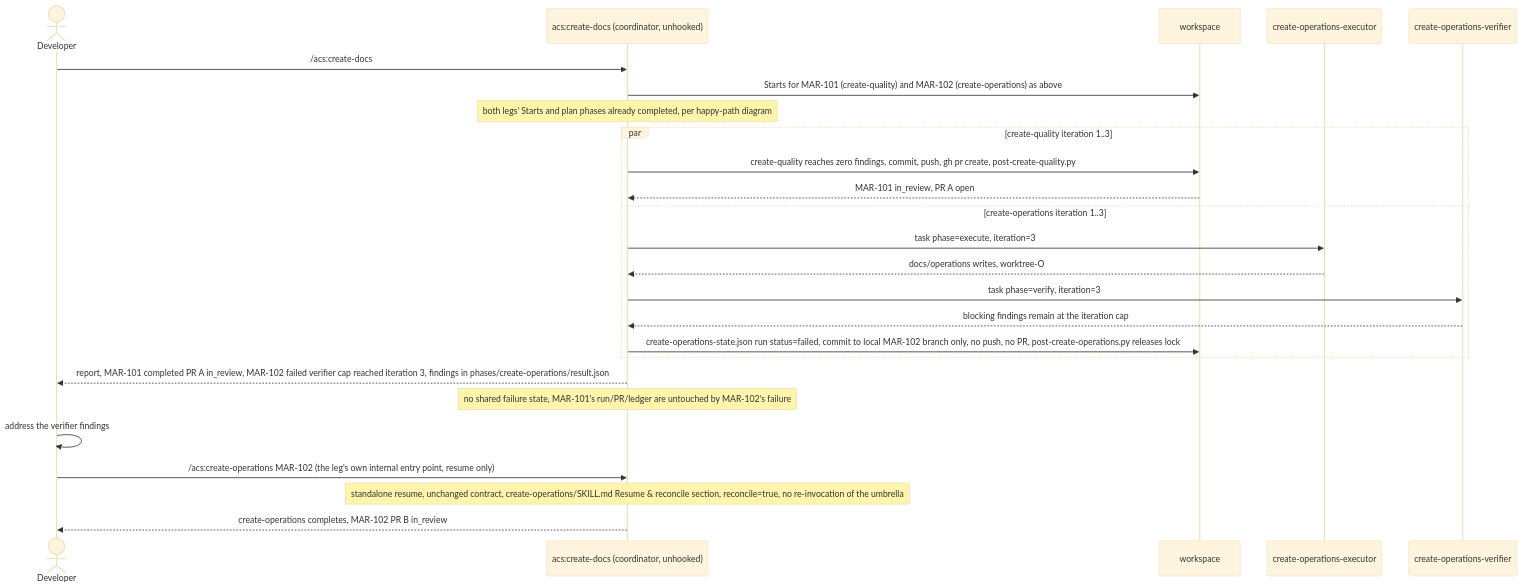
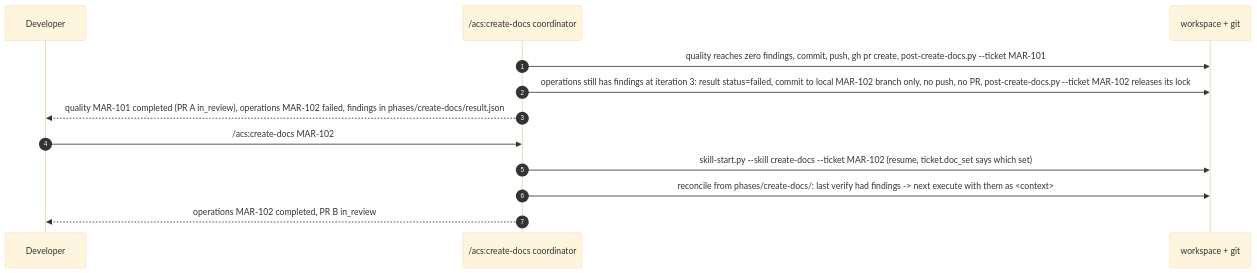
One commit to globalmindsolution/gms-marketplace changed the second of 2 diagrams in docs/architecture/lld/flows/doc-bootstrap-fanout.md. Above: the diagram before and after it, drawn with Mermaid (base theme). The commit also changed other lines of this file and 628 other files, not shown here.

````diff
--- a/docs/architecture/lld/flows/doc-bootstrap-fanout.md
+++ b/docs/architecture/lld/flows/doc-bootstrap-fanout.md
@@ -109,31 +76,15 @@
 ```mermaid
 sequenceDiagram
-    actor Dev as Developer
-    participant CD as acs:create-docs (coordinator, unhooked)
-    participant WS as workspace
-    participant EXO as create-operations-executor
-    participant VFO as create-operations-verifier
+    autonumber
+    participant Dev as Developer
+    participant CD as /acs:create-docs coordinator
+    participant WS as workspace + git
 
-    Dev->>CD: /acs:create-docs
-    CD->>WS: Starts for MAR-101 (create-quality) and MAR-102 (create-operations) as above
-    note over CD: both legs' Starts and plan phases already completed, per happy-path diagram
-
-    par create-quality iteration 1..3
-        CD->>WS: create-quality reaches zero findings, commit, push, gh pr create, post-create-quality.py
-        WS-->>CD: MAR-101 in_review, PR A open
-    and create-operations iteration 1..3
-        CD->>EXO: task phase=execute, iteration=3
-        EXO-->>CD: docs/operations writes, worktree-O
-        CD->>VFO: task phase=verify, iteration=3
-        VFO-->>CD: blocking findings remain at the iteration cap
-        CD->>WS: create-operations-state.json run status=failed, commit to local MAR-102 branch only, no push, no PR, post-create-operations.py releases lock
-    end
-
-    CD-->>Dev: report, MAR-101 completed PR A in_review, MAR-102 failed verifier cap reached iteration 3, findings in phases/create-operations/result.json
-    note over CD: no shared failure state, MAR-101's run/PR/ledger are untouched by MAR-102's failure
-
-    Dev->>Dev: address the verifier findings
-    Dev->>CD: /acs:create-operations MAR-102 (the leg's own internal entry point, resume only)
-    note over CD: standalone resume, unchanged contract, create-operations/SKILL.md Resume & reconcile section, reconcile=true, no re-invocation of the umbrella
-    CD-->>Dev: create-operations completes, MAR-102 PR B in_review
+    CD->>WS: quality reaches zero findings, commit, push, gh pr create, post-create-docs.py --ticket MAR-101
+    CD->>WS: operations still has findings at iteration 3: result status=failed, commit to local MAR-102 branch only, no push, no PR, post-create-docs.py --ticket MAR-102 releases its lock
+    CD-->>Dev: quality MAR-101 completed (PR A in_review), operations MAR-102 failed, findings in phases/create-docs/result.json
+    Dev->>CD: /acs:create-docs MAR-102
+    CD->>WS: skill-start.py --skill create-docs --ticket MAR-102 (resume, ticket.doc_set says which set)
+    CD->>WS: reconcile from phases/create-docs/: last verify had findings -> next execute with them as <context>
+    CD-->>Dev: operations MAR-102 completed, PR B in_review
 ```
````
